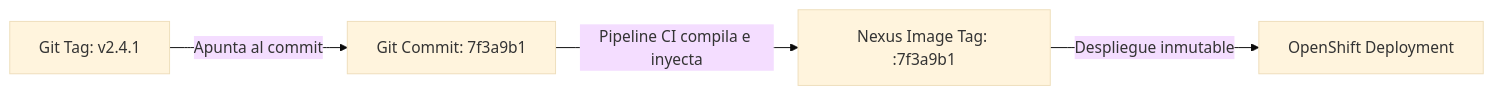
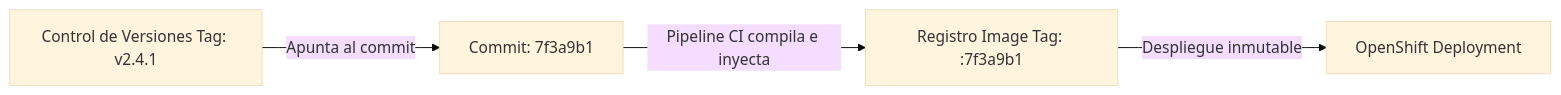
The sixth of 8 diagrams in docs/sesion4/4.4 Registro, gestión y seguridad de imágenes.md (ieftraining/curso-openshift), drawn with Mermaid (base theme) before and after one commit. The commit also changed other lines of this file, not shown here.

````diff
--- a/docs/sesion4/4.4 Registro, gestión y seguridad de imágenes.md
+++ b/docs/sesion4/4.4 Registro, gestión y seguridad de imágenes.md
@@ -146,6 +148,6 @@
 ```mermaid
 flowchart LR
-    A[Git Tag: v2.4.1] -->|Apunta al commit| B[Git Commit: 7f3a9b1]
-    B -->|Pipeline CI compila e inyecta| C[Nexus Image Tag: :7f3a9b1]
+    A[Control de Versiones Tag: v2.4.1] -->|Apunta al commit| B[Commit: 7f3a9b1]
+    B -->|Pipeline CI compila e inyecta| C[Registro Image Tag: :7f3a9b1]
     C -->|Despliegue inmutable| D[OpenShift Deployment]
 ```
````
